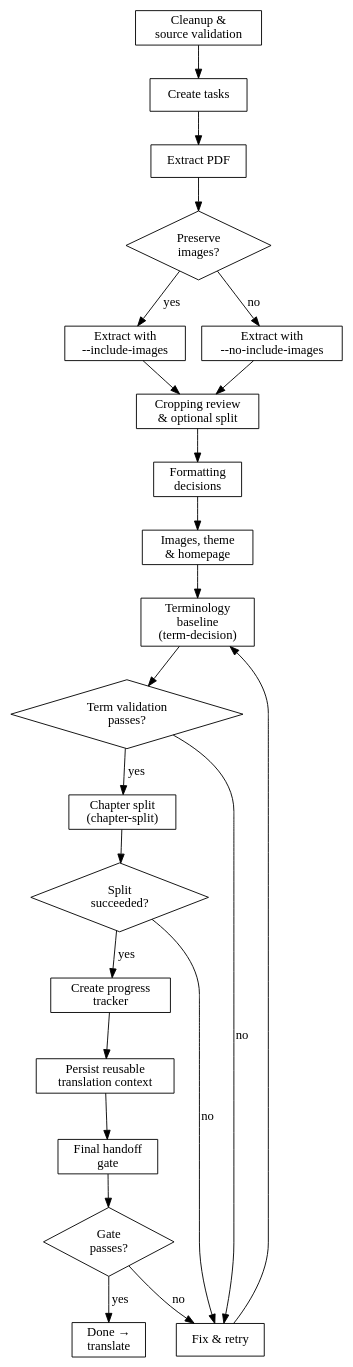
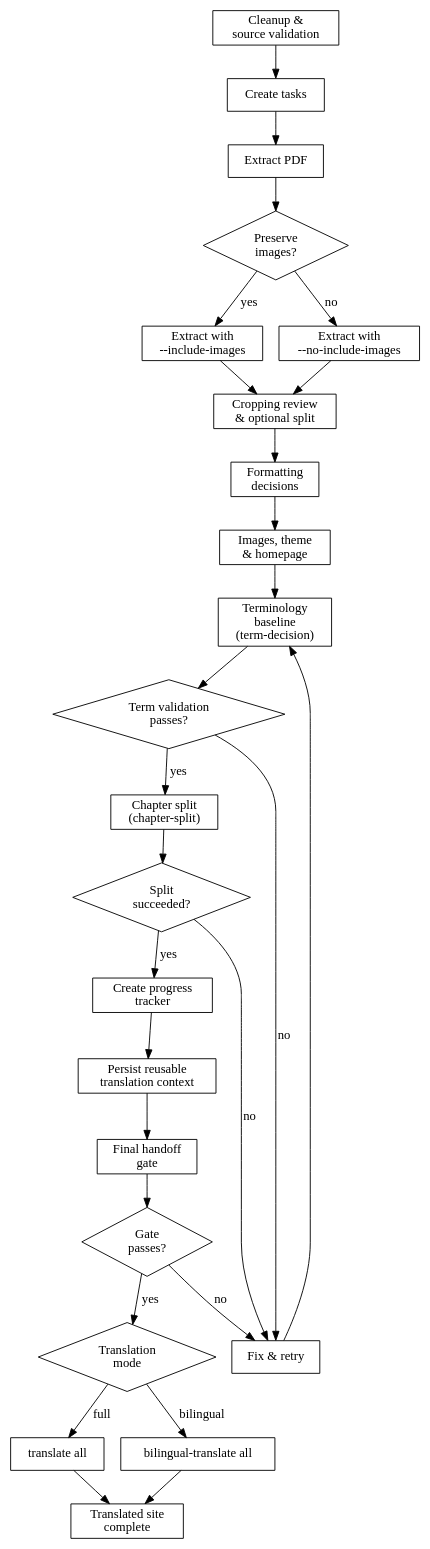
One commit to wayne930242/game-doc-template changed the diagram in .claude/skills/init-doc/SKILL.md. Above: the diagram before and after it, drawn with Graphviz. The commit also changed other lines of this file and 15 other files, not shown here.

````diff
--- a/.claude/skills/init-doc/SKILL.md
+++ b/.claude/skills/init-doc/SKILL.md
@@ -321,43 +336,50 @@
 ```dot
 digraph init_doc {
     rankdir=TB;
     cleanup [label="Cleanup &\nsource validation", shape=box];
     tasks [label="Create tasks", shape=box];
     extract [label="Extract PDF", shape=box];
     img_decision [label="Preserve\nimages?", shape=diamond];
     extract_img [label="Extract with\n--include-images", shape=box];
     extract_noimg [label="Extract with\n--no-include-images", shape=box];
     crop [label="Cropping review\n& optional split", shape=box];
     format [label="Formatting\ndecisions", shape=box];
     theme [label="Images, theme\n& homepage", shape=box];
     term [label="Terminology\nbaseline\n(term-decision)", shape=box];
     term_ok [label="Term validation\npasses?", shape=diamond];
     split [label="Chapter split\n(chapter-split)", shape=box];
     split_ok [label="Split\nsucceeded?", shape=diamond];
     progress [label="Create progress\ntracker", shape=box];
     context [label="Persist reusable\ntranslation context", shape=box];
     gate [label="Final handoff\ngate", shape=box];
     gate_ok [label="Gate\npasses?", shape=diamond];
-    done [label="Done →\ntranslate", shape=box];
+    mode [label="Translation\nmode", shape=diamond];
+    translate [label="translate all", shape=box];
+    bilingual [label="bilingual-translate all", shape=box];
+    done [label="Translated site\ncomplete", shape=box];
     fix [label="Fix & retry", shape=box];
 
     cleanup -> tasks -> extract;
     extract -> img_decision;
     img_decision -> extract_img [label="yes"];
     img_decision -> extract_noimg [label="no"];
     extract_img -> crop;
     extract_noimg -> crop;
     crop -> format -> theme -> term;
     term -> term_ok;
     term_ok -> split [label="yes"];
     term_ok -> fix [label="no"];
     fix -> term;
     split -> split_ok;
     split_ok -> progress [label="yes"];
     split_ok -> fix [label="no"];
     progress -> context -> gate;
     gate -> gate_ok;
-    gate_ok -> done [label="yes"];
+    gate_ok -> mode [label="yes"];
+    mode -> translate [label="full"];
+    mode -> bilingual [label="bilingual"];
+    translate -> done;
+    bilingual -> done;
     gate_ok -> fix [label="no"];
 }
 ```
````
